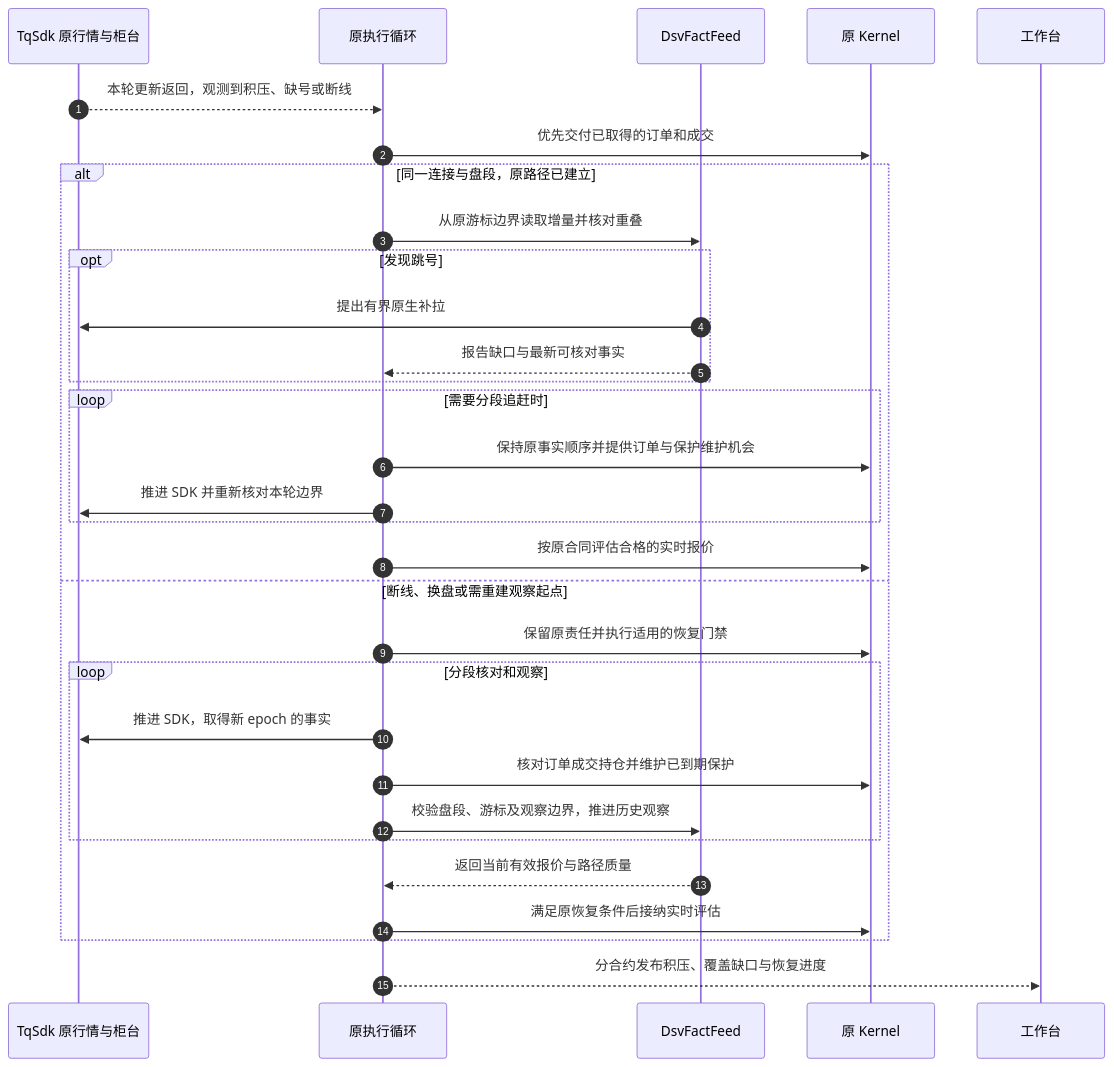
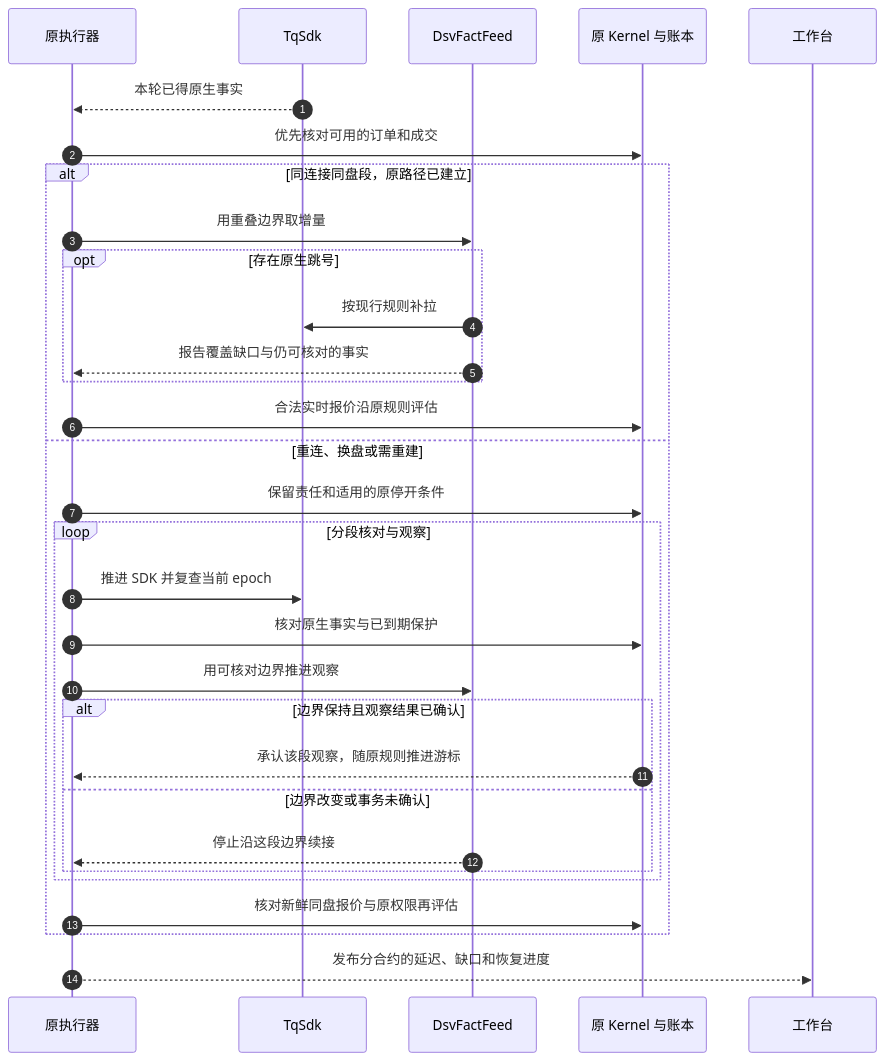
One commit to Yoruto/OnlineTrader changed the sixth of 8 diagrams in docs/clock-market-data-stability-implementation-plan-20261118.md. Above: the diagram before and after it, drawn with Mermaid. The commit also changed other lines of this file, not shown here.

````diff
--- a/docs/clock-market-data-stability-implementation-plan-20261118.md
+++ b/docs/clock-market-data-stability-implementation-plan-20261118.md
@@ -213,33 +244,33 @@
 ```mermaid
 sequenceDiagram
     autonumber
-    participant S as TqSdk 原行情与柜台
-    participant O as 原执行循环
+    participant O as 原执行器
+    participant S as TqSdk
     participant F as DsvFactFeed
-    participant K as 原 Kernel
+    participant K as 原 Kernel 与账本
     participant W as 工作台
-    S-->>O: 本轮更新返回，观测到积压、缺号或断线
-    O->>K: 优先交付已取得的订单和成交
-    alt 同一连接与盘段，原路径已建立
-        O->>F: 从原游标边界读取增量并核对重叠
-        opt 发现跳号
-            F->>S: 提出有界原生补拉
-            F-->>O: 报告缺口与最新可核对事实
+    S-->>O: 本轮已得原生事实
+    O->>K: 优先核对可用的订单和成交
+    alt 同连接同盘段，原路径已建立
+        O->>F: 用重叠边界取增量
+        opt 存在原生跳号
+            F->>S: 按现行规则补拉
+            F-->>O: 报告覆盖缺口与仍可核对的事实
         end
-        loop 需要分段追赶时
-            O->>K: 保持原事实顺序并提供订单与保护维护机会
-            O->>S: 推进 SDK 并重新核对本轮边界
+        O->>K: 合法实时报价沿原规则评估
+    else 重连、换盘或需重建
+        O->>K: 保留责任和适用的原停开条件
+        loop 分段核对与观察
+            O->>S: 推进 SDK 并复查当前 epoch
+            O->>K: 核对原生事实与已到期保护
+            O->>F: 用可核对边界推进观察
+            alt 边界保持且观察结果已确认
+                K-->>O: 承认该段观察，随原规则推进游标
+            else 边界改变或事务未确认
+                F-->>O: 停止沿这段边界续接
+            end
         end
-        O->>K: 按原合同评估合格的实时报价
-    else 断线、换盘或需重建观察起点
-        O->>K: 保留原责任并执行适用的恢复门禁
-        loop 分段核对和观察
-            O->>S: 推进 SDK，取得新 epoch 的事实
-            O->>K: 核对订单成交持仓并维护已到期保护
-            O->>F: 校验盘段、游标及观察边界，推进历史观察
-        end
-        F-->>O: 返回当前有效报价与路径质量
-        O->>K: 满足原恢复条件后接纳实时评估
+        O->>K: 核对新鲜同盘报价与原权限再评估
     end
-    O-->>W: 分合约发布积压、覆盖缺口与恢复进度
+    O-->>W: 发布分合约的延迟、缺口和恢复进度
 ```
````
